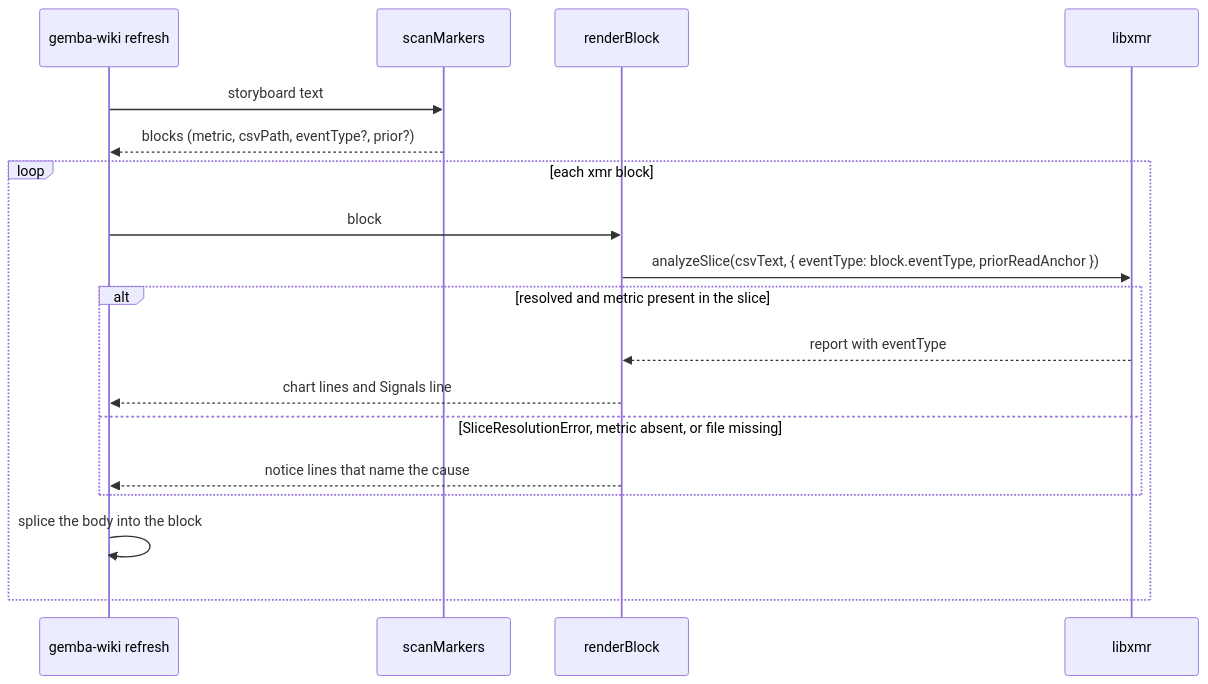
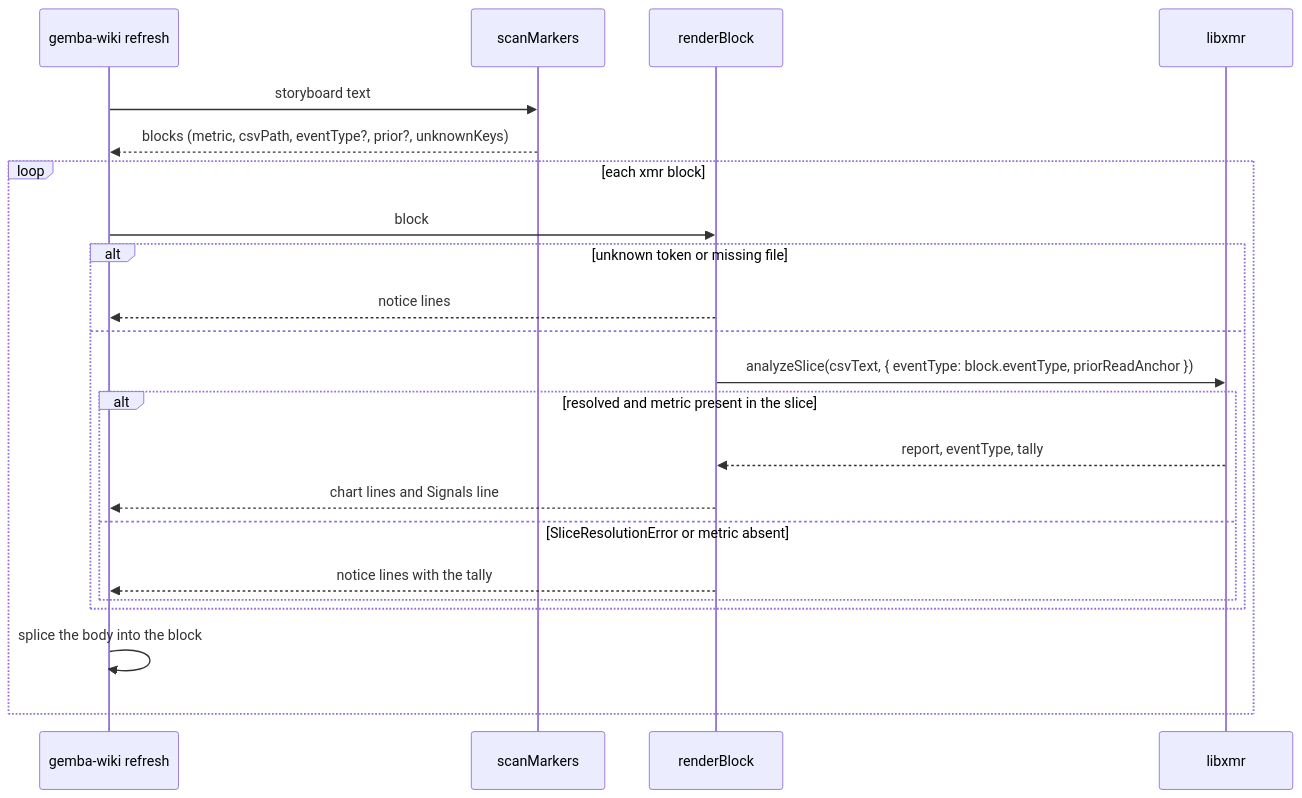
The second of 2 diagrams in specs/2370-xmr-slice-contract/design-a.md (forwardimpact/monorepo), drawn with Mermaid before and after one commit. The commit also changed other lines of this file and 1 other file, not shown here.

````diff
--- a/specs/2370-xmr-slice-contract/design-a.md
+++ b/specs/2370-xmr-slice-contract/design-a.md
@@ -73,20 +58,24 @@
 ```mermaid
 sequenceDiagram
     participant R as gemba-wiki refresh
     participant S as scanMarkers
     participant B as renderBlock
     participant X as libxmr
     R->>S: storyboard text
-    S-->>R: blocks (metric, csvPath, eventType?, prior?)
+    S-->>R: blocks (metric, csvPath, eventType?, prior?, unknownKeys)
     loop each xmr block
         R->>B: block
-        B->>X: analyzeSlice(csvText, { eventType: block.eventType, priorReadAnchor })
-        alt resolved and metric present in the slice
-            X-->>B: report with eventType
-            B-->>R: chart lines and Signals line
-        else SliceResolutionError, metric absent, or file missing
-            B-->>R: notice lines that name the cause
+        alt unknown token or missing file
+            B-->>R: notice lines
+        else
+            B->>X: analyzeSlice(csvText, { eventType: block.eventType, priorReadAnchor })
+            alt resolved and metric present in the slice
+                X-->>B: report, eventType, tally
+                B-->>R: chart lines and Signals line
+            else SliceResolutionError or metric absent
+                B-->>R: notice lines with the tally
+            end
         end
         R->>R: splice the body into the block
     end
 ```
````
